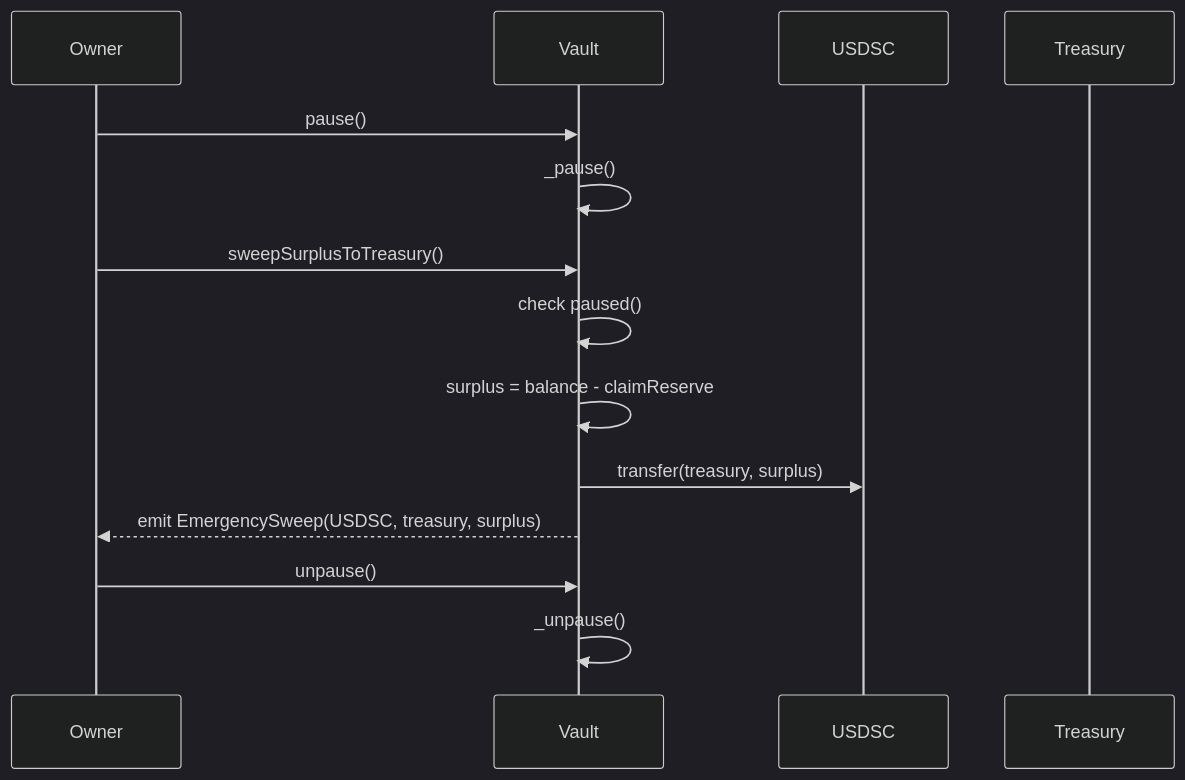
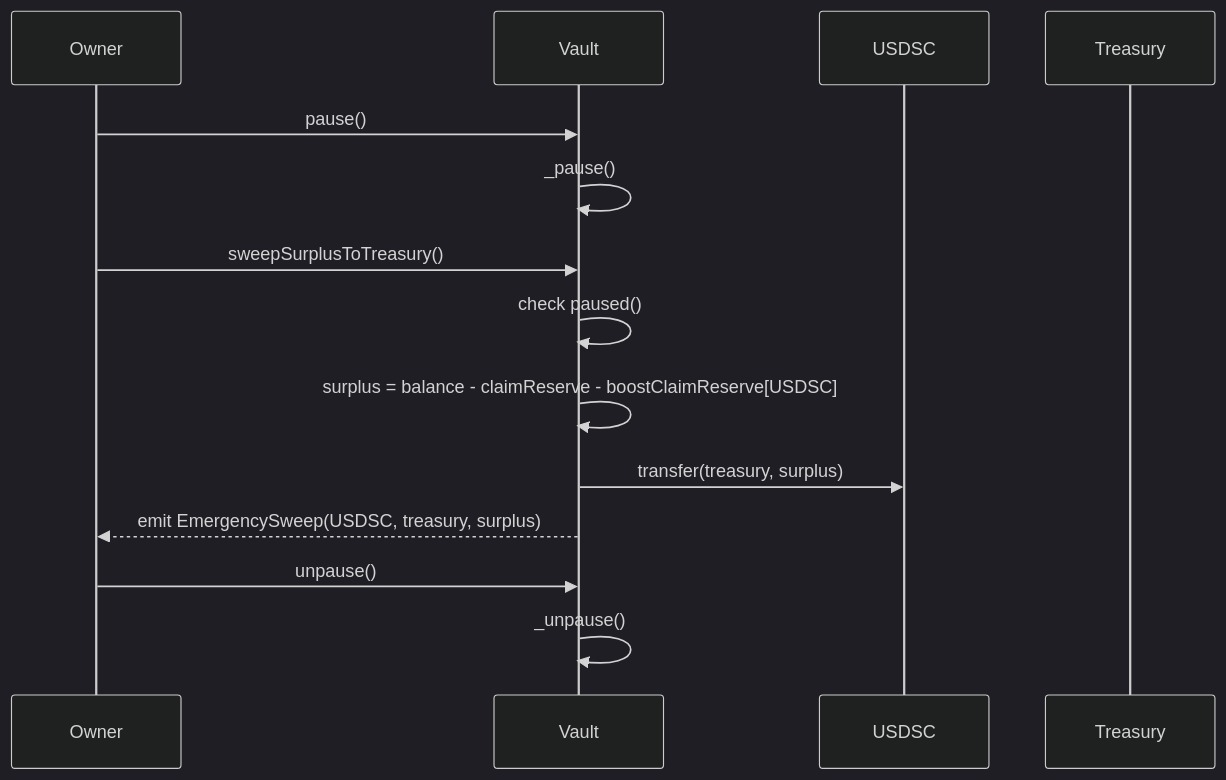
The sixth of 6 diagrams in src/vaults/earn/earn-vault.md (StartaleGroup/stablecoin-vault-contracts), drawn with Mermaid (dark theme) before and after one commit. The commit also changed 8 other files, not shown here.

Commit message:
fix: count every reserve over the same balance in EarnVault funding and surplus checks

````diff
--- a/src/vaults/earn/earn-vault.md
+++ b/src/vaults/earn/earn-vault.md
@@ -206,19 +206,19 @@
 ```mermaid
 sequenceDiagram
     participant Owner
     participant Vault
     participant USDSC
     participant Treasury
     
     Owner->>Vault: pause()
     Vault->>Vault: _pause()
     
     Owner->>Vault: sweepSurplusToTreasury()
     Vault->>Vault: check paused()
-    Vault->>Vault: surplus = balance - claimReserve
+    Vault->>Vault: surplus = balance - claimReserve - boostClaimReserve[USDSC]
     Vault->>USDSC: transfer(treasury, surplus)
     Vault-->>Owner: emit EmergencySweep(USDSC, treasury, surplus)
     
     Owner->>Vault: unpause()
     Vault->>Vault: _unpause()
 ```
````
